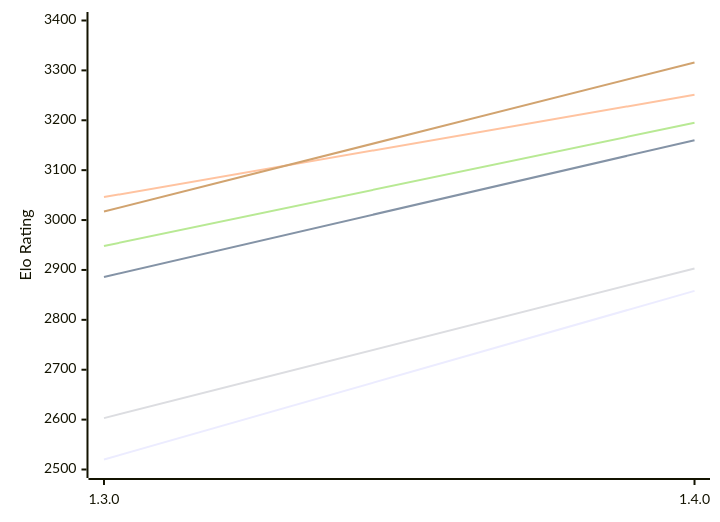
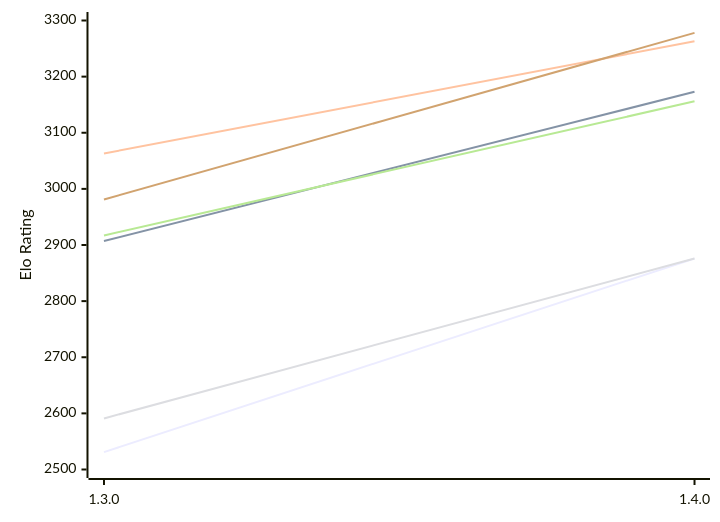
Before and after one commit to computer-chess-index/cci: the first of 2 diagrams in engines/Ember.md, drawn with Mermaid. The commit also changed other lines of this file, not shown here.

Commit message:
Update CCI Ratings (ELO VLTC) - 2026-11-14

````diff
--- a/engines/Ember.md
+++ b/engines/Ember.md
@@ -51,12 +51,12 @@
 ```mermaid
 %%{init: {"theme":"base","themeVariables":{"seriesColors:['#a3a3a3','#222221','#faa371']}}}%%
 xychart-beta
   x-axis ["1.3.0", "1.4.0"]
-  y-axis "Elo Rating" 2500 --> 3400
-  line "E1: STC (8.0+0.08s)" [2520, 2858]
-  line "E1: LTC (60.0+0.60s)" [2886, 3160]
-  line "E1: VLTC (2m24s+1.12s)" [3046, 3251]
-  line "P1: STC (8.0+0.08s)" [2603, 2903]
-  line "P1: LTC (60.0+0.60s)" [2948, 3195]
-  line "P1: VLTC (2m24s+1.12s)" [3017, 3316]
+  y-axis "Elo Rating" 2500 --> 3300
+  line "E1: STC (8.0+0.08s)" [2531, 2876]
+  line "E1: LTC (60.0+0.60s)" [2907, 3173]
+  line "E1: VLTC (2m24s+1.12s)" [3063, 3263]
+  line "P1: STC (8.0+0.08s)" [2591, 2876]
+  line "P1: LTC (60.0+0.60s)" [2917, 3156]
+  line "P1: VLTC (2m24s+1.12s)" [2981, 3278]
 ```
````
